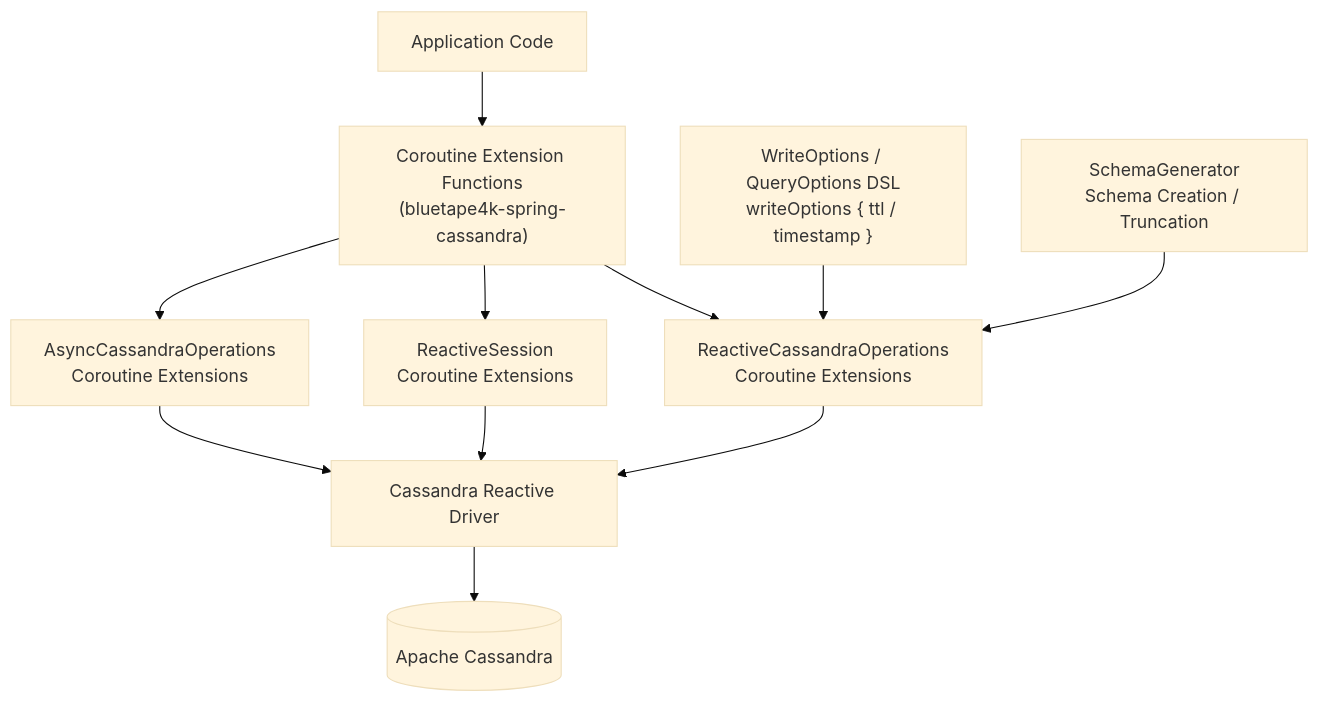
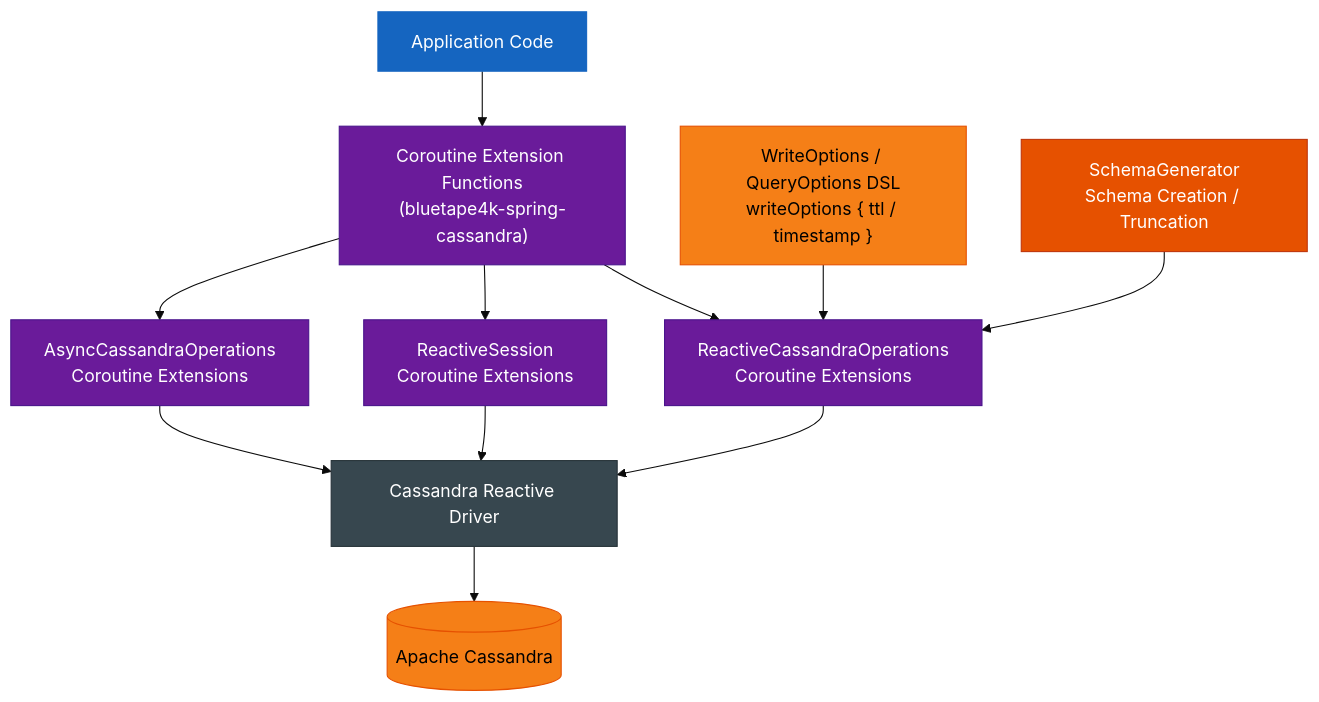
Before and after one commit to bluetape4k/bluetape4k-projects: the second of 3 diagrams in spring-boot3/cassandra/README.md, drawn with Mermaid (base theme). The commit also changed other lines of this file and 221 other files, not shown here.

First line of the commit message:
docs: 전체 모듈 README UML 다이어그램 보강 및 색상 업그레이드

````diff
--- a/spring-boot3/cassandra/README.md
+++ b/spring-boot3/cassandra/README.md
@@ -79,13 +85,29 @@
 ```mermaid
 flowchart TD
     App["Application Code"] --> Ext["Coroutine Extension Functions<br/>(bluetape4k-spring-cassandra)"]
     Ext --> ROps["ReactiveCassandraOperations<br/>Coroutine Extensions"]
     Ext --> RSession["ReactiveSession<br/>Coroutine Extensions"]
     Ext --> AOps["AsyncCassandraOperations<br/>Coroutine Extensions"]
     DSL["WriteOptions / QueryOptions DSL<br/>writeOptions { ttl / timestamp }"] --> ROps
     ROps --> Driver["Cassandra Reactive Driver"]
     RSession --> Driver
     AOps --> Driver
     Driver --> Cassandra[("Apache Cassandra")]
     SchemaGen["SchemaGenerator<br/>Schema Creation / Truncation"] --> ROps
+
+    classDef serviceStyle fill:#1565C0,stroke:#1565C0,color:#FFFFFF
+    classDef asyncStyle fill:#6A1B9A,stroke:#4A148C,color:#FFFFFF
+    classDef dataStyle fill:#F57F17,stroke:#E65100,color:#000000
+    classDef extStyle fill:#37474F,stroke:#263238,color:#FFFFFF
+    classDef utilStyle fill:#E65100,stroke:#BF360C,color:#FFFFFF
+
+    class App serviceStyle
+    class Ext asyncStyle
+    class ROps asyncStyle
+    class RSession asyncStyle
+    class AOps asyncStyle
+    class DSL dataStyle
+    class Driver extStyle
+    class Cassandra dataStyle
+    class SchemaGen utilStyle
 ```
````
